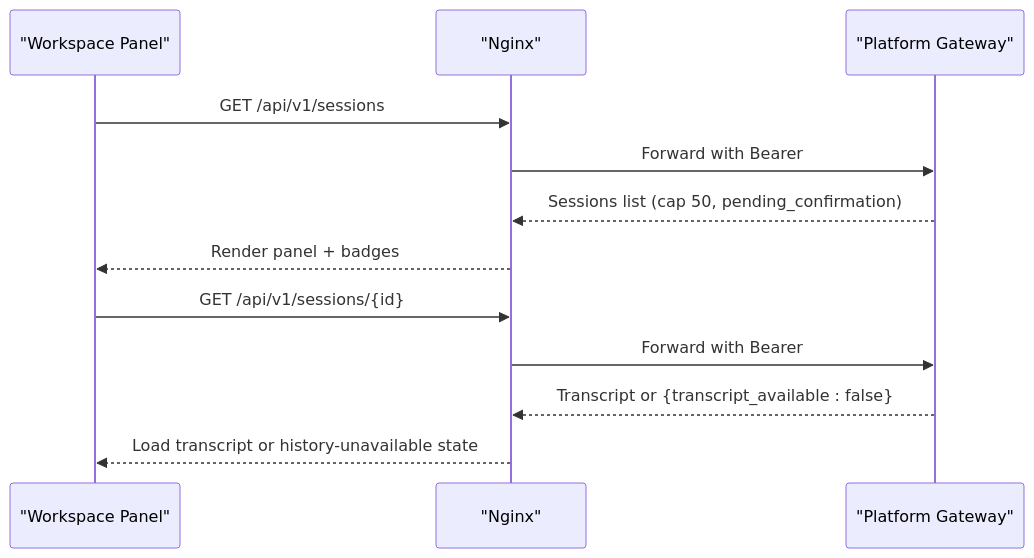
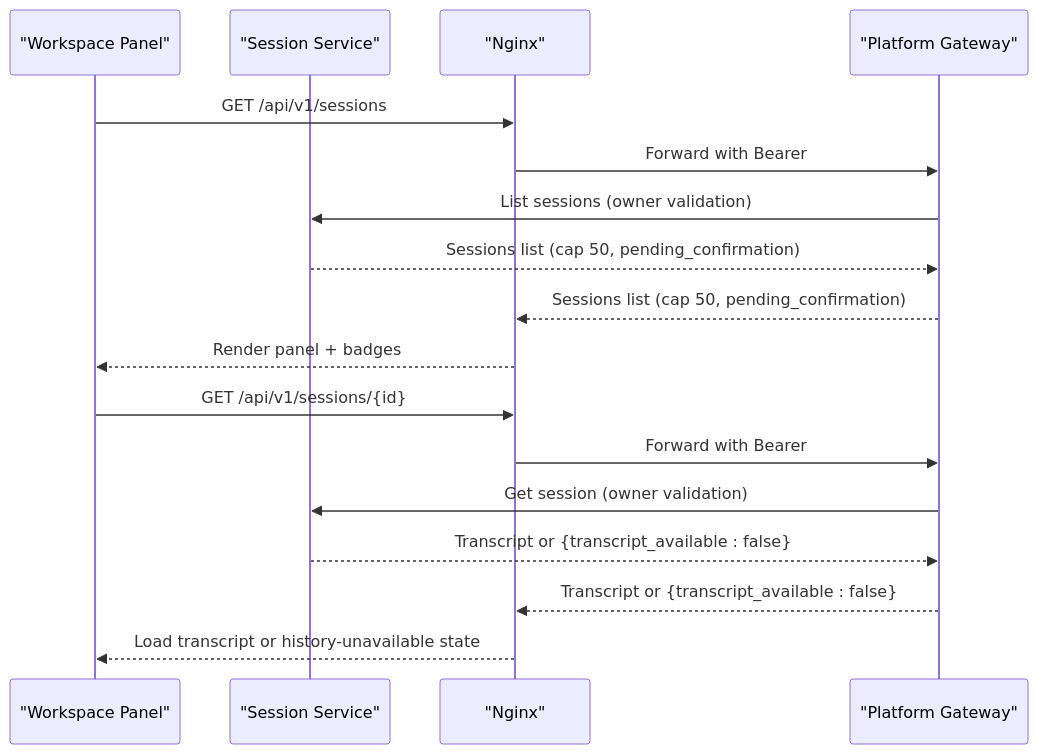
One commit to metasync/luban-aiops changed the fifth of 11 diagrams in .qoder/repowiki/en/content/Architecture Documentation/SPEC-023_ Portal Framework Rebuild Specification.md. Above: the diagram before and after it, drawn with Mermaid. The commit also changed other lines of this file and 4 other files, not shown here.

````diff
--- a/.qoder/repowiki/en/content/Architecture Documentation/SPEC-023_ Portal Framework Rebuild Specification.md
+++ b/.qoder/repowiki/en/content/Architecture Documentation/SPEC-023_ Portal Framework Rebuild Specification.md
@@ -203,14 +213,19 @@
 ```mermaid
 sequenceDiagram
 participant UI as "Workspace Panel"
+participant SessionService as "Session Service"
 participant Nginx as "Nginx"
 participant GW as "Platform Gateway"
 UI->>Nginx : GET /api/v1/sessions
 Nginx->>GW : Forward with Bearer
+GW->>SessionService : List sessions (owner validation)
+SessionService-->>GW : Sessions list (cap 50, pending_confirmation)
 GW-->>Nginx : Sessions list (cap 50, pending_confirmation)
 Nginx-->>UI : Render panel + badges
 UI->>Nginx : GET /api/v1/sessions/{id}
 Nginx->>GW : Forward with Bearer
+GW->>SessionService : Get session (owner validation)
+SessionService-->>GW : Transcript or {transcript_available : false}
 GW-->>Nginx : Transcript or {transcript_available : false}
 Nginx-->>UI : Load transcript or history-unavailable state
 ```
````
